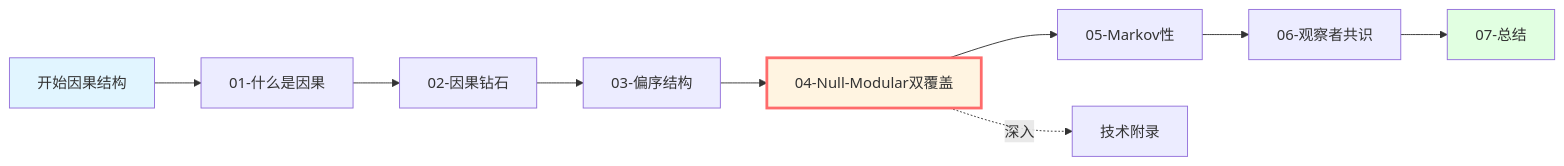
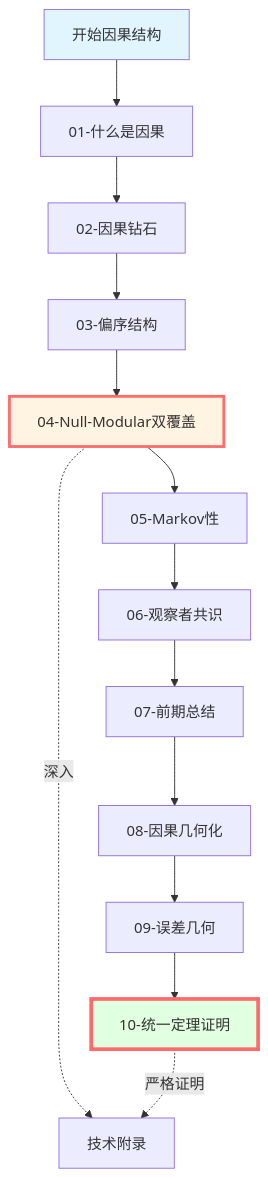
One commit to loning/zeckendorf-hilbert changed the ninth of 9 diagrams in docs/euler-article/gls-union/07-causal-structure/00-causal-overview.md. Above: the diagram before and after it, drawn with Mermaid. The commit also changed other lines of this file and 8 other files, not shown here.

````diff
--- a/docs/euler-article/gls-union/07-causal-structure/00-causal-overview.md
+++ b/docs/euler-article/gls-union/07-causal-structure/00-causal-overview.md
@@ -261,16 +374,21 @@
 ```mermaid
-graph LR
+graph TB
     START["开始因果结构"] --> WHAT["01-什么是因果"]
     WHAT --> DIAMOND["02-因果钻石"]
     DIAMOND --> ORDER["03-偏序结构"]
     ORDER --> NULL["04-Null-Modular双覆盖"]
     NULL --> MARKOV["05-Markov性"]
     MARKOV --> OBSERVER["06-观察者共识"]
-    OBSERVER --> SUM["07-总结"]
+    OBSERVER --> SUM1["07-前期总结"]
+
+    SUM1 --> COMPRESS["08-因果几何化"]
+    COMPRESS --> ERROR["09-误差几何"]
+    ERROR --> PROOF["10-统一定理证明"]
 
     NULL -.->|"深入"| TECH["技术附录"]
+    PROOF -.->|"严格证明"| TECH
 
     style START fill:#e1f5ff
-    style SUM fill:#e1ffe1
+    style PROOF fill:#e1ffe1,stroke:#ff6b6b,stroke-width:4px
     style NULL fill:#fff4e1,stroke:#ff6b6b,stroke-width:3px
 ```
````
